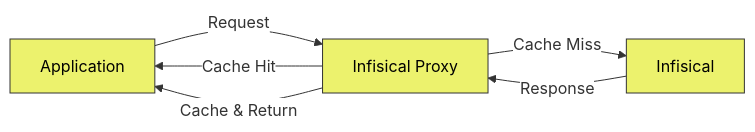
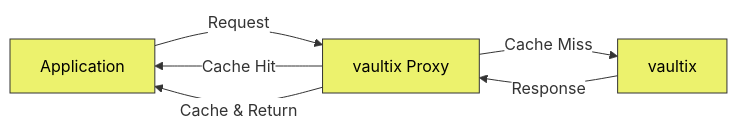
Before and after one commit to shippinAI/vaultix: the diagram in core/docs/integrations/platforms/infisical-proxy.mdx, drawn with Mermaid. The commit also changed other lines of this file and 1202 other files, not shown here.

````diff
--- a/core/docs/integrations/platforms/infisical-proxy.mdx
+++ b/core/docs/integrations/platforms/infisical-proxy.mdx
@@ -25,13 +25,13 @@
 ```mermaid
 %%{init: {'theme': 'base', 'themeVariables': { 'edgeLabelBackground':'#ffffff', 'lineColor': '#333'}}}%%
 flowchart LR
-    A[Application] -->|Request| B[Infisical Proxy]
+    A[Application] -->|Request| B[vaultix Proxy]
     B -->|Cache Hit| A
-    B -->|Cache Miss| C[Infisical]
+    B -->|Cache Miss| C[vaultix]
     C -->|Response| B
     B -->|Cache & Return| A
     
     style A fill:#ECF26D,stroke:#333,color:#000
     style B fill:#ECF26D,stroke:#333,color:#000
     style C fill:#ECF26D,stroke:#333,color:#000
 ```
````
